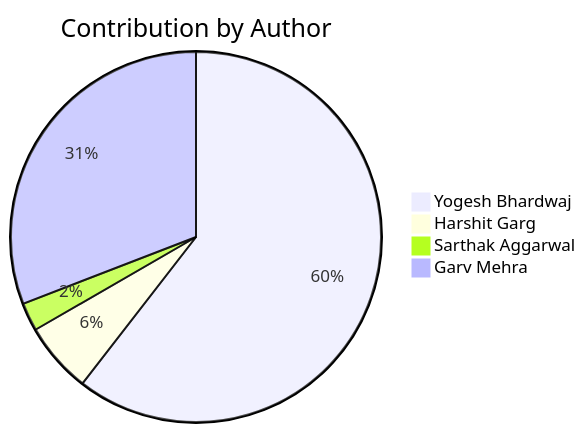
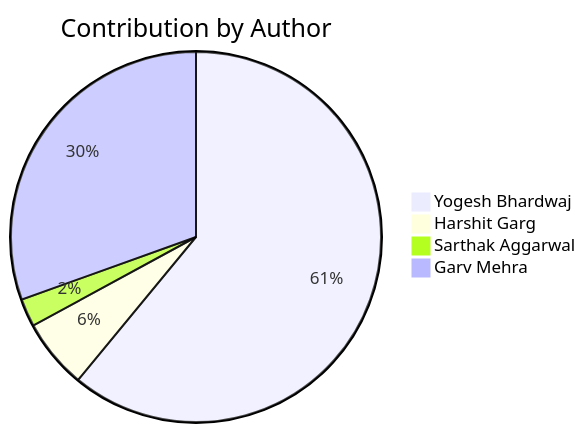
One commit to Yogesh-Bhardwaj-hue/Scm-Final_2.0 changed the diagram in README.md. Above: the diagram before and after it, drawn with Mermaid. The commit also changed other lines of this file, not shown here.

Commit message:
Update contribution charts

````diff
--- a/README.md
+++ b/README.md
@@ -161,7 +161,7 @@
 ```mermaid
 pie title Contribution by Author
-    "Yogesh Bhardwaj": 49
+    "Yogesh Bhardwaj": 50
     "Harshit Garg": 5
     "Sarthak Aggarwal": 2
     "Garv Mehra": 25
 ```
````
